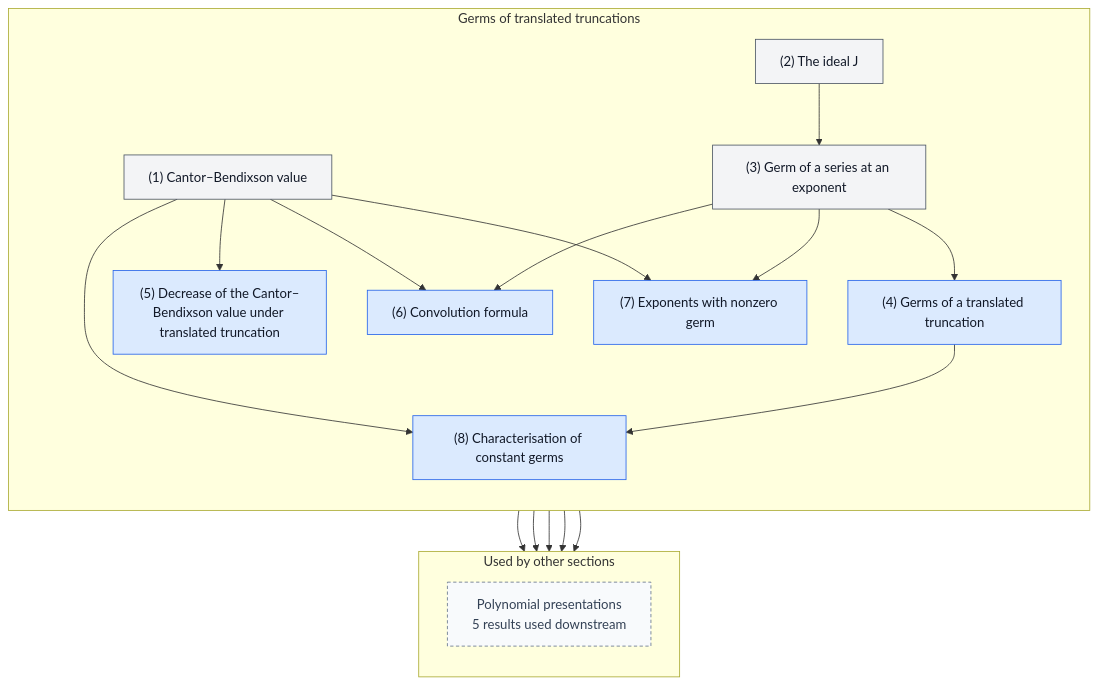
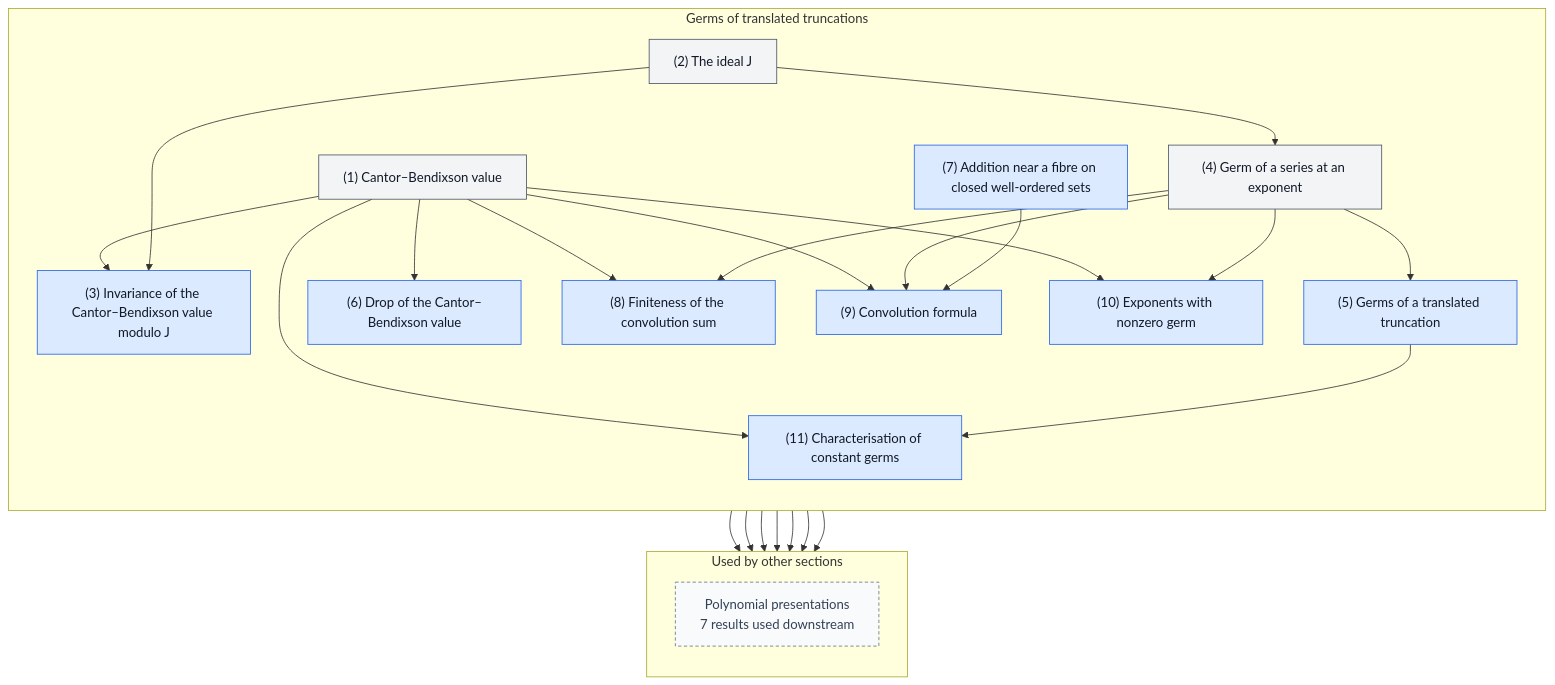
The second of 5 diagrams in README.md (gaearon/conway-refinement), drawn with Mermaid before and after one commit. The commit also changed other lines of this file and 36 other files, not shown here.

````diff
--- a/README.md
+++ b/README.md
@@ -191,52 +190,65 @@
 ```mermaid
 %% Generated by scripts/blueprint.sh; do not edit.
 %% Other sections are compressed to boundary nodes.
 %% Solid arrows are proof dependencies; dashed arrows are statement dependencies.
 flowchart TB
   subgraph current["Germs of translated truncations"]
     direction TB
     n001["(1) Cantor–Bendixson value"]:::definition
     n002["(2) The ideal J"]:::definition
-    n003["(3) Germ of a series at an exponent"]:::definition
-    n004["(4) Germs of a translated truncation"]:::lemma
-    n005["(5) Decrease of the Cantor–Bendixson value under translated truncation"]:::lemma
-    n006["(6) Convolution formula"]:::lemma
-    n007["(7) Exponents with nonzero germ"]:::lemma
-    n008["(8) Characterisation of constant germs"]:::lemma
+    n003["(3) Invariance of the Cantor–Bendixson value modulo J"]:::lemma
+    n004["(4) Germ of a series at an exponent"]:::definition
+    n005["(5) Germs of a translated truncation"]:::lemma
+    n006["(6) Drop of the Cantor–Bendixson value"]:::lemma
+    n007["(7) Addition near a fibre on closed well-ordered sets"]:::lemma
+    n008["(8) Finiteness of the convolution sum"]:::lemma
+    n009["(9) Convolution formula"]:::lemma
+    n010["(10) Exponents with nonzero germ"]:::lemma
+    n011["(11) Characterisation of constant germs"]:::lemma
   end
   subgraph outputs["Used by other sections"]
     direction TB
-    out0["Polynomial presentations<br/>5 results used downstream"]:::boundary
+    out0["Polynomial presentations<br/>7 results used downstream"]:::boundary
   end
 
+  n001 --> n003
   n002 --> n003
-  n003 --> n004
-  n001 --> n005
+  n002 --> n004
+  n004 --> n005
   n001 --> n006
-  n003 --> n006
-  n001 --> n007
-  n003 --> n007
   n001 --> n008
   n004 --> n008
-  n005 --> out0
+  n001 --> n009
+  n004 --> n009
+  n007 --> n009
+  n001 --> n010
+  n004 --> n010
+  n001 --> n011
+  n005 --> n011
+  n003 --> out0
   n006 --> out0
   n008 --> out0
-  n003 --> out0
-  n007 --> out0
+  n009 --> out0
+  n011 --> out0
+  n004 --> out0
+  n010 --> out0
   click n001 "https://gaearon.github.io/conway-refinement/#/result/cantor-bendixson-value" "Open the statement for definition 1"
   click n002 "https://gaearon.github.io/conway-refinement/#/result/bounded-away-ideal" "Open the statement for definition 2"
-  click n003 "https://gaearon.github.io/conway-refinement/#/result/germ-at" "Open the statement for definition 3"
-  click n004 "https://gaearon.github.io/conway-refinement/#/result/germs-of-translated-truncation" "Open the statement for lemma 4"
-  click n005 "https://gaearon.github.io/conway-refinement/#/result/cantor-bendixson-value-drop" "Open the statement for lemma 5"
-  click n006 "https://gaearon.github.io/conway-refinement/#/result/convolution-formula" "Open the statement for lemma 6"
-  click n007 "https://gaearon.github.io/conway-refinement/#/result/nonzero-germs" "Open the statement for lemma 7"
-  click n008 "https://gaearon.github.io/conway-refinement/#/result/constant-germs" "Open the statement for lemma 8"
+  click n003 "https://gaearon.github.io/conway-refinement/#/result/cantor-bendixson-value-class" "Open the statement for lemma 3"
+  click n004 "https://gaearon.github.io/conway-refinement/#/result/germ-at" "Open the statement for definition 4"
+  click n005 "https://gaearon.github.io/conway-refinement/#/result/germs-of-translated-truncation" "Open the statement for lemma 5"
+  click n006 "https://gaearon.github.io/conway-refinement/#/result/cantor-bendixson-value-drop" "Open the statement for lemma 6"
+  click n007 "https://gaearon.github.io/conway-refinement/#/result/addition-fibre" "Open the statement for lemma 7"
+  click n008 "https://gaearon.github.io/conway-refinement/#/result/convolution-finite" "Open the statement for lemma 8"
+  click n009 "https://gaearon.github.io/conway-refinement/#/result/convolution-formula" "Open the statement for lemma 9"
+  click n010 "https://gaearon.github.io/conway-refinement/#/result/nonzero-germs" "Open the statement for lemma 10"
+  click n011 "https://gaearon.github.io/conway-refinement/#/result/constant-germs" "Open the statement for lemma 11"
 
   classDef theorem fill:#fff3bf,stroke:#e67700,stroke-width:2px,color:#111827
   classDef definition fill:#f3f4f6,stroke:#4b5563,color:#111827
   classDef lemma fill:#dbeafe,stroke:#2563eb,color:#111827
   classDef proposition fill:#ede9fe,stroke:#7c3aed,color:#111827
   classDef corollary fill:#dcfce7,stroke:#16a34a,color:#111827
   classDef fact fill:#fce7f3,stroke:#db2777,color:#111827
   classDef boundary fill:#f8fafc,stroke:#64748b,stroke-dasharray:4 3,color:#334155
 ```
````
